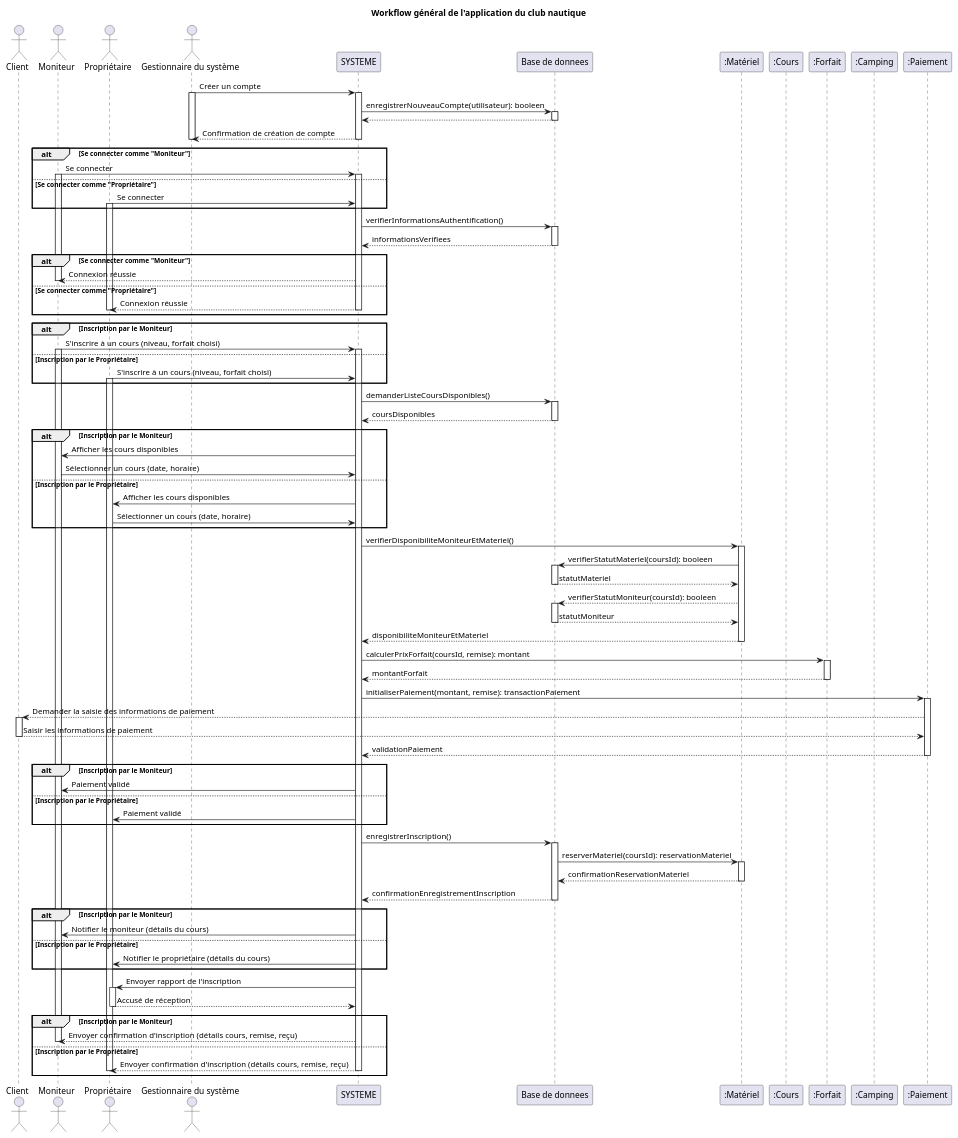
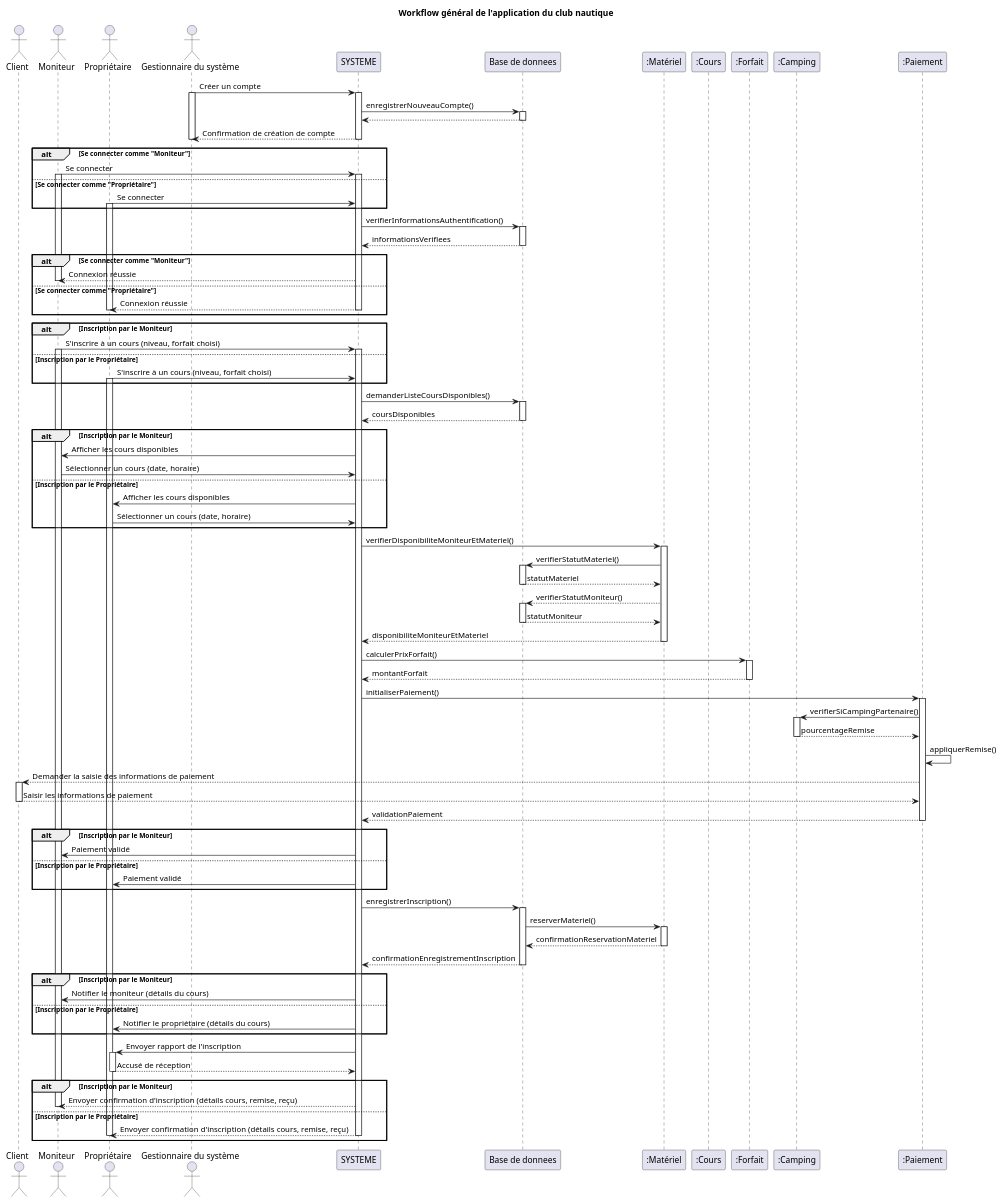
Before and after one commit to Hugo-COLLIN/MIAGE_CSI_NauticalClub: the diagram in docs/1-analysis/sequenceDiagrams/workflowSequenceDiagram.puml, drawn with PlantUML.

Commit message:
docs: without parameters and output types

```diff
--- a/docs/1-analysis/sequenceDiagrams/workflowSequenceDiagram.puml
+++ b/docs/1-analysis/sequenceDiagrams/workflowSequenceDiagram.puml
@@ -1,153 +1,159 @@
 @startuml
 actor Client as C
 actor "Moniteur" as M
 actor "Propriétaire" as P
 actor "Gestionnaire du système" as A
 participant "SYSTEME" as App
 participant "Base de donnees" as DB
 participant ":Matériel" as Mat
 participant ":Cours" as Cour
 participant ":Forfait" as Forf
 participant ":Camping" as Camp
 participant ":Paiement" as Pay
 
 title Workflow général de l'application du club nautique
 
 ' --- Création de compte ---
 A -> App : Créer un compte
 activate A
 activate App
-App -> DB : enregistrerNouveauCompte(utilisateur): booleen
+App -> DB : enregistrerNouveauCompte()
 activate DB
 DB --> App
 deactivate DB
 App --> A : Confirmation de création de compte
 deactivate App
 deactivate A
 
 /'
 alt Inscription par le Moniteur
     M -> App : Indiquer affiliation à un camping partenaire
 else Inscription par le Propriétaire
     P -> App : Indiquer affiliation à un camping partenaire
 end
 '/
 
 ' --- Authentification ---
 alt Se connecter comme "Moniteur"
     M -> App : Se connecter
     activate M
     activate App
 else Se connecter comme "Propriétaire"
     P -> App : Se connecter
     activate P
 end
 
 App -> DB : verifierInformationsAuthentification()
 activate DB
 DB --> App : informationsVerifiees
 deactivate DB
 
 alt Se connecter comme "Moniteur"
     App --> M : Connexion réussie
     deactivate M
 else Se connecter comme "Propriétaire"
     App --> P : Connexion réussie
     deactivate P
     deactivate App
 end
 
 ' --- Inscription à un cours ---
 alt Inscription par le Moniteur
     M -> App : S'inscrire à un cours (niveau, forfait choisi)
     activate M
     activate App
 else Inscription par le Propriétaire
     P -> App : S'inscrire à un cours (niveau, forfait choisi)
     activate P
 end
 
 activate App
 
 App -> DB : demanderListeCoursDisponibles()
 activate DB
 DB --> App : coursDisponibles
 deactivate DB
 
 alt Inscription par le Moniteur
     App -> M : Afficher les cours disponibles
     M -> App : Sélectionner un cours (date, horaire)
 else Inscription par le Propriétaire
     App -> P : Afficher les cours disponibles
     P -> App : Sélectionner un cours (date, horaire)
 end
 
 App -> Mat : verifierDisponibiliteMoniteurEtMateriel()
 activate Mat
-Mat -> DB : verifierStatutMateriel(coursId): booleen
+Mat -> DB : verifierStatutMateriel()
 activate DB
 DB --> Mat : statutMateriel
 deactivate DB
-Mat --> DB : verifierStatutMoniteur(coursId): booleen
+Mat --> DB : verifierStatutMoniteur()
 activate DB
 DB --> Mat : statutMoniteur
 deactivate DB
 Mat --> App : disponibiliteMoniteurEtMateriel
 deactivate Mat
 
 /'
 DB -> Camp : verifierAffiliation()
 activate Camp
 Camp --> DB : calculerRemiseCamping(): pourcentage
 deactivate Camp
 '/
 
-App -> Forf : calculerPrixForfait(coursId, remise): montant
+App -> Forf : calculerPrixForfait()
 activate Forf
 Forf --> App : montantForfait
 deactivate Forf
 
-App -> Pay : initialiserPaiement(montant, remise): transactionPaiement
+App -> Pay : initialiserPaiement()
 activate Pay
+Pay -> Camp : verifierSiCampingPartenaire()
+activate Camp
+Camp --> Pay : pourcentageRemise
+deactivate Camp
+Pay -> Pay : appliquerRemise()
+
 Pay --> C : Demander la saisie des informations de paiement
 activate C
 C --> Pay : Saisir les informations de paiement
 deactivate C
 Pay --> App : validationPaiement
 deactivate Pay
 
 alt Inscription par le Moniteur
     App -> M : Paiement validé
 else Inscription par le Propriétaire
     App -> P : Paiement validé
 end
 
 App -> DB : enregistrerInscription()
 activate DB
-DB -> Mat : reserverMateriel(coursId): reservationMateriel
+DB -> Mat : reserverMateriel()
 activate Mat
 Mat --> DB : confirmationReservationMateriel
 deactivate Mat
 DB --> App : confirmationEnregistrementInscription
 deactivate DB
 
 alt Inscription par le Moniteur
     App -> M : Notifier le moniteur (détails du cours)
 else Inscription par le Propriétaire
     App -> P : Notifier le propriétaire (détails du cours)
 end
 
 App -> P : Envoyer rapport de l'inscription
 activate P
 P --> App : Accusé de réception
 deactivate P
 
 alt Inscription par le Moniteur
     App --> M : Envoyer confirmation d'inscription (détails cours, remise, reçu)
     deactivate M
 else Inscription par le Propriétaire
     App --> P : Envoyer confirmation d'inscription (détails cours, remise, reçu)
     deactivate App
     deactivate P
 end
 @enduml
```
